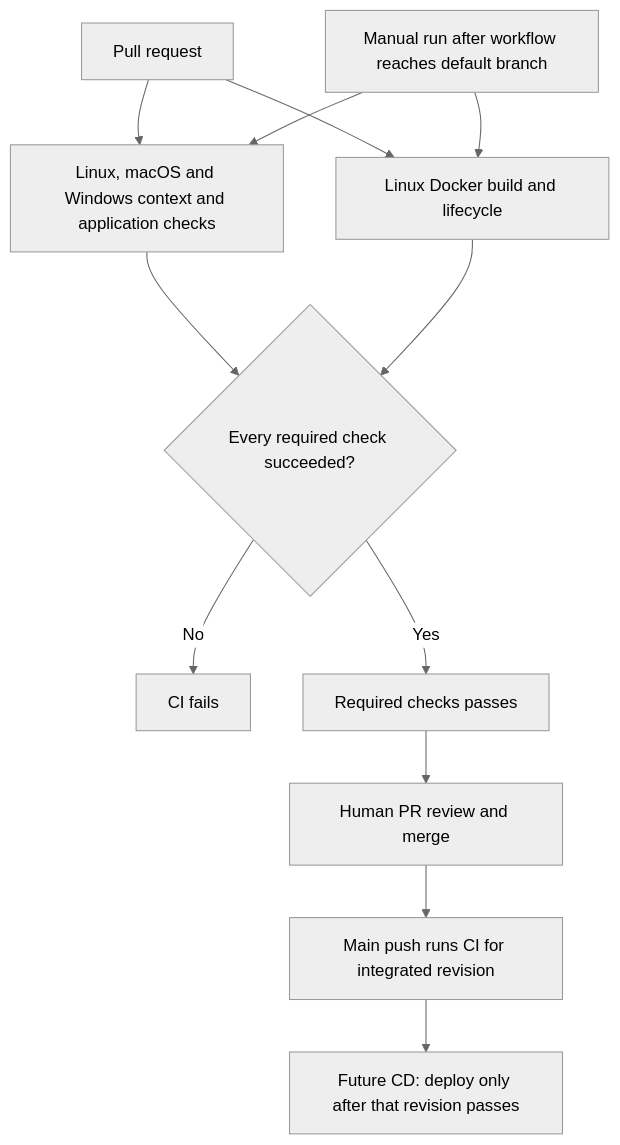
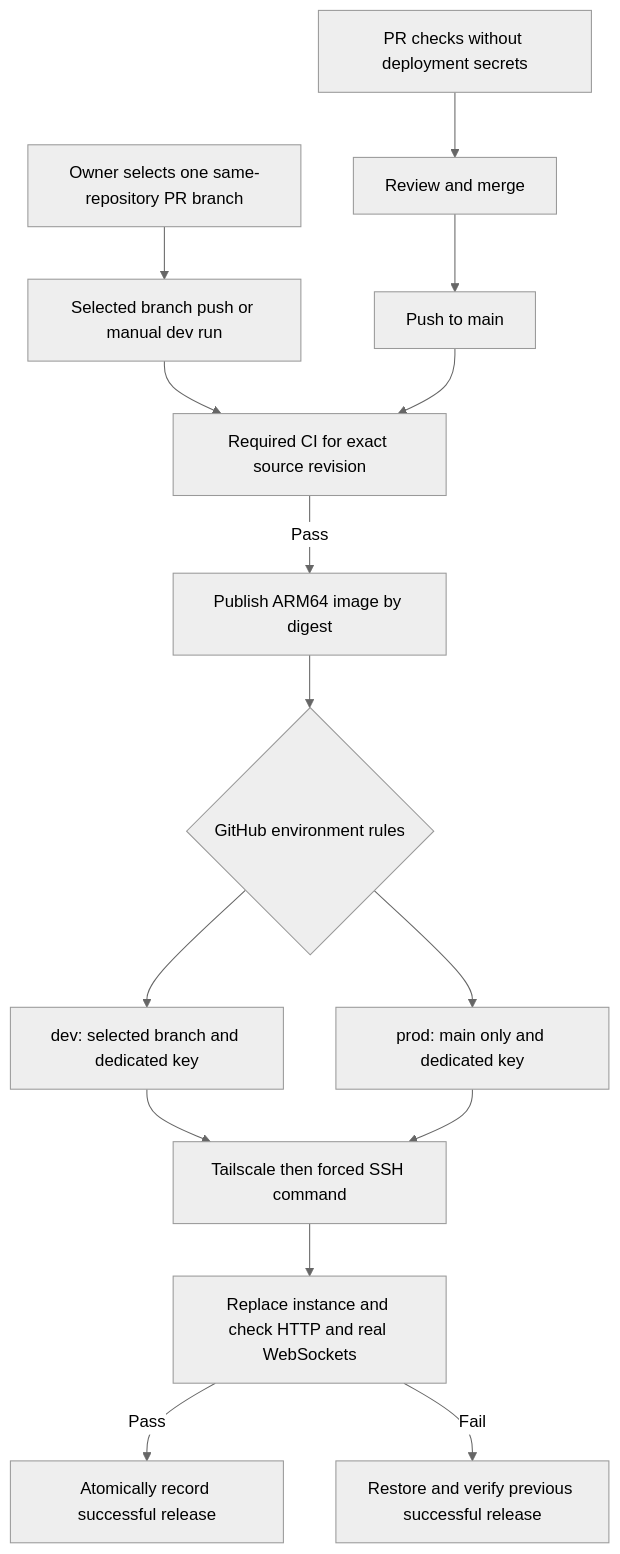
Before and after one commit to matthew-ngzc/fruit-box: the diagram in docs/ci-cd.md, drawn with Mermaid (neutral theme). The commit also changed other lines of this file and 18 other files, not shown here.

Commit message:
feat: deploy selected dev branches and tested main to separate environments

````diff
--- a/docs/ci-cd.md
+++ b/docs/ci-cd.md
@@ -17,14 +13,17 @@
 ```mermaid
 flowchart TD
-    PR[Pull request] --> Matrix[Linux, macOS and Windows context and application checks]
-    Manual[Manual run after workflow reaches default branch] --> Matrix
-    PR --> Container[Linux Docker build and lifecycle]
-    Manual --> Container
-    Matrix --> Gate{Every required check succeeded?}
-    Container --> Gate
-    Gate -->|No| Stop[CI fails]
-    Gate -->|Yes| Green[Required checks passes]
-    Green --> Review[Human PR review and merge]
-    Review --> Main[Main push runs CI for integrated revision]
-    Main --> Future[Future CD: deploy only after that revision passes]
+    PR[PR checks without deployment secrets] --> Review[Review and merge]
+    Select[Owner selects one same-repository PR branch] --> DevPush[Selected branch push or manual dev run]
+    Review --> Main[Push to main]
+    DevPush --> Checks[Required CI for exact source revision]
+    Main --> Checks
+    Checks -->|Pass| Image[Publish ARM64 image by digest]
+    Image --> Environment{GitHub environment rules}
+    Environment --> Dev[dev: selected branch and dedicated key]
+    Environment --> Prod[prod: main only and dedicated key]
+    Dev --> Tail[Tailscale then forced SSH command]
+    Prod --> Tail
+    Tail --> Health[Replace instance and check HTTP and real WebSockets]
+    Health -->|Pass| Record[Atomically record successful release]
+    Health -->|Fail| Rollback[Restore and verify previous successful release]
 ```
````
